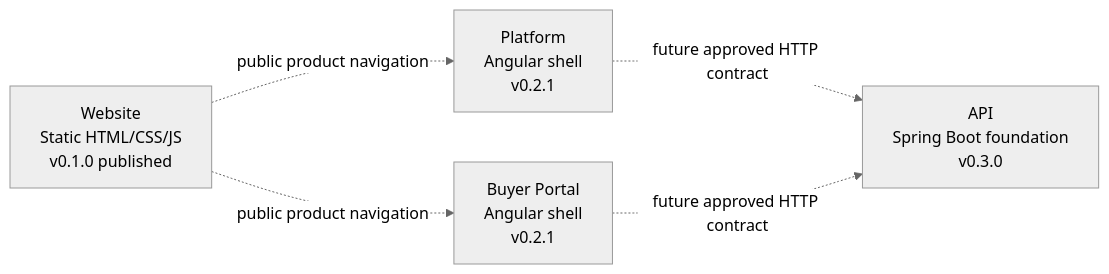
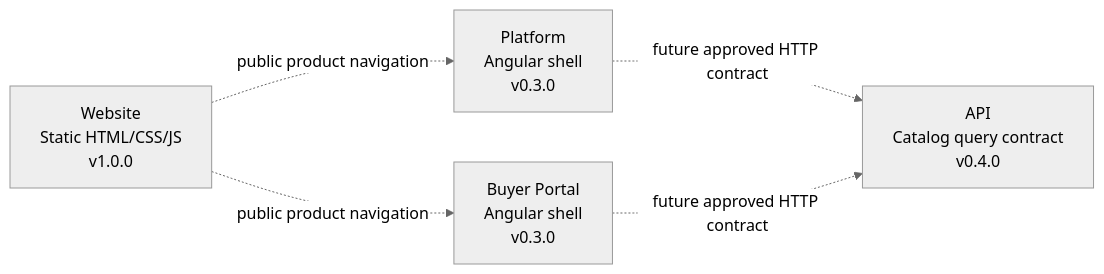
Before and after one commit to nexa-suite/website: the diagram in README.md, drawn with Mermaid (neutral theme). The commit also changed other lines of this file and 4 other files, not shown here.

````diff
--- a/README.md
+++ b/README.md
@@ -36,12 +36,12 @@
 ```mermaid
 flowchart LR
-    Website["Website<br/>Static HTML/CSS/JS<br/>v0.1.0 published"]
-    Platform["Platform<br/>Angular shell<br/>v0.2.1"]
-    Portal["Buyer Portal<br/>Angular shell<br/>v0.2.1"]
-    API["API<br/>Spring Boot foundation<br/>v0.3.0"]
+    Website["Website<br/>Static HTML/CSS/JS<br/>v1.0.0"]
+    Platform["Platform<br/>Angular shell<br/>v0.3.0"]
+    Portal["Buyer Portal<br/>Angular shell<br/>v0.3.0"]
+    API["API<br/>Catalog query contract<br/>v0.4.0"]
 
     Website -. "public product navigation" .-> Platform
     Website -. "public product navigation" .-> Portal
     Platform -. "future approved HTTP contract" .-> API
     Portal -. "future approved HTTP contract" .-> API
 ```
````
